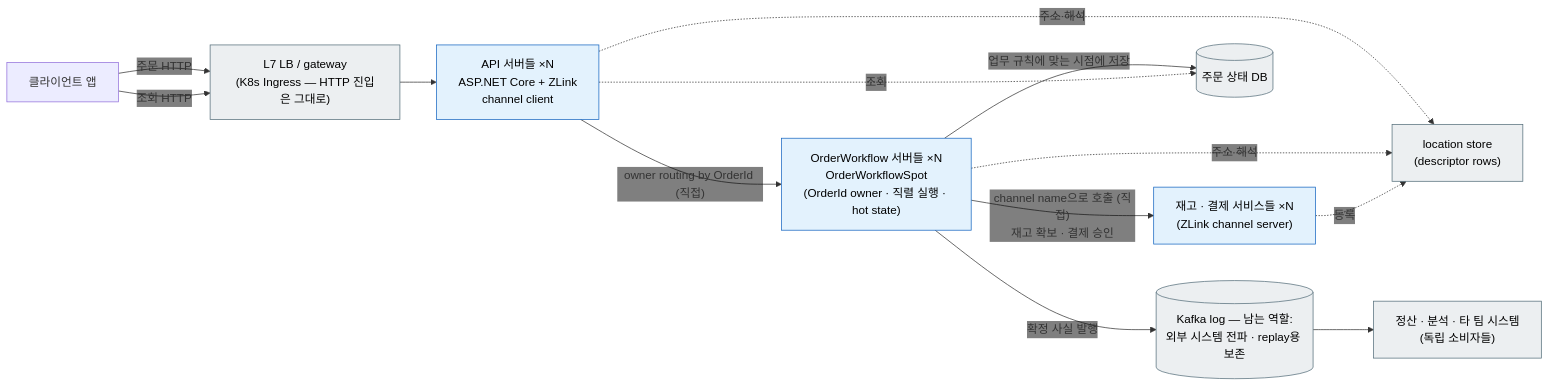
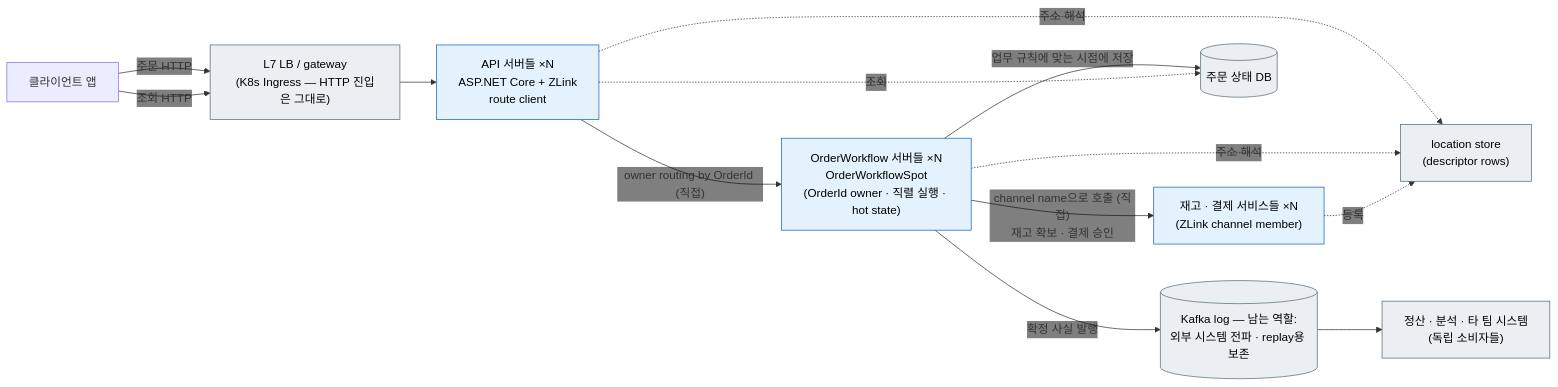
Before and after one commit to kairos-code-dev/zlink: the sixth of 8 diagrams in framework/doc/framework/dotnet/guide/01-overview.ko.md, drawn with Mermaid. The commit also changed other lines of this file and 1 other file, not shown here.

First line of the commit message:
docs(dotnet): refresh route mesh overview

````diff
--- a/framework/doc/framework/dotnet/guide/01-overview.ko.md
+++ b/framework/doc/framework/dotnet/guide/01-overview.ko.md
@@ -388,28 +388,28 @@
 ```mermaid
 %%{init: {'themeVariables': {'edgeLabelBackground':'transparent'}}}%%
 flowchart LR
     Client2["클라이언트 앱"]
     LB2["L7 LB / gateway<br/>(K8s Ingress — HTTP 진입은 그대로)"]:::infra
-    Api2["API 서버들 ×N<br/>ASP.NET Core + ZLink<br/>channel client"]:::app
+    Api2["API 서버들 ×N<br/>ASP.NET Core + ZLink<br/>route client"]:::app
     Spot["OrderWorkflow 서버들 ×N<br/>OrderWorkflowSpot<br/>(OrderId owner · 직렬 실행 · hot state)"]:::app
-    INV2["재고 · 결제 서비스들 ×N<br/>(ZLink channel server)"]:::app
+    INV2["재고 · 결제 서비스들 ×N<br/>(ZLink channel member)"]:::app
     DB2[("주문 상태 DB")]:::infra
     LOG2[("Kafka log — 남는 역할:<br/>외부 시스템 전파 · replay용 보존")]:::infra
     EXT["정산 · 분석 · 타 팀 시스템<br/>(독립 소비자들)"]:::infra
     Store["location store<br/>(descriptor rows)"]:::infra
 
     Client2 -- "주문 HTTP" --> LB2 --> Api2
     Api2 -- "owner routing by OrderId (직접)" --> Spot
     Spot -- "channel name으로 호출 (직접)<br/>재고 확보 · 결제 승인" --> INV2
     Spot -- "업무 규칙에 맞는 시점에 저장" --> DB2
     Spot -- "확정 사실 발행" --> LOG2
     LOG2 --> EXT
     Client2 -- "조회 HTTP" --> LB2
     Api2 -.조회.-> DB2
     Api2 -.->|"주소 해석"| Store
     Spot -.->|"주소 해석"| Store
     INV2 -.->|등록| Store
 
     classDef app fill:#e3f2fd,stroke:#1565c0,color:#000000
     classDef infra fill:#eceff1,stroke:#546e7a,color:#000000
 ```
````
